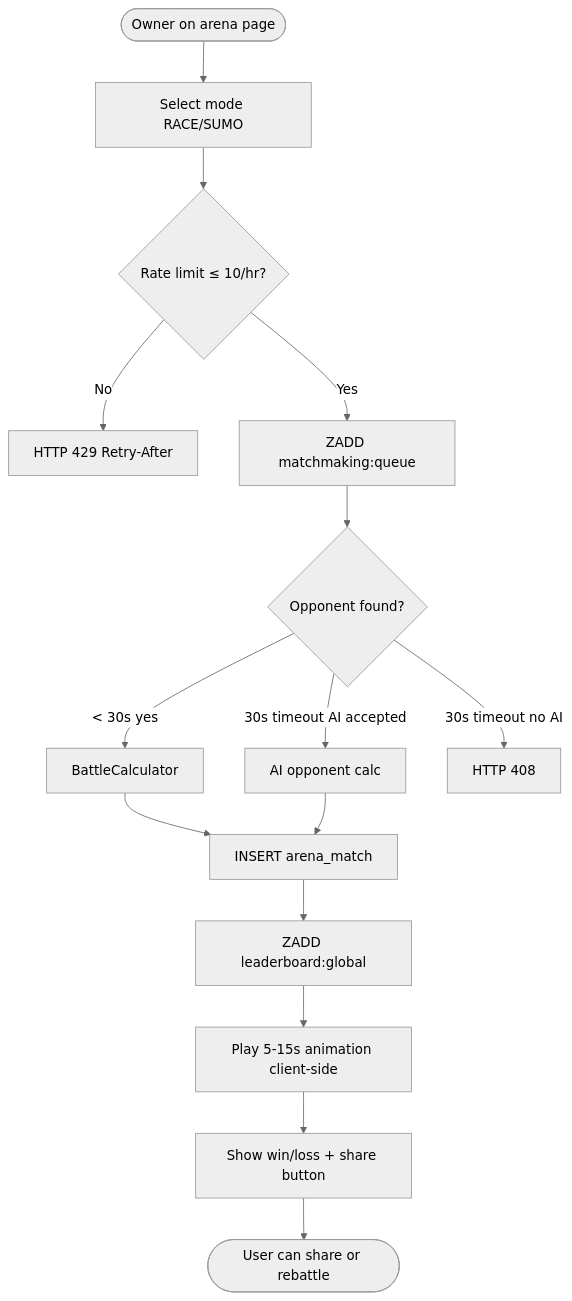
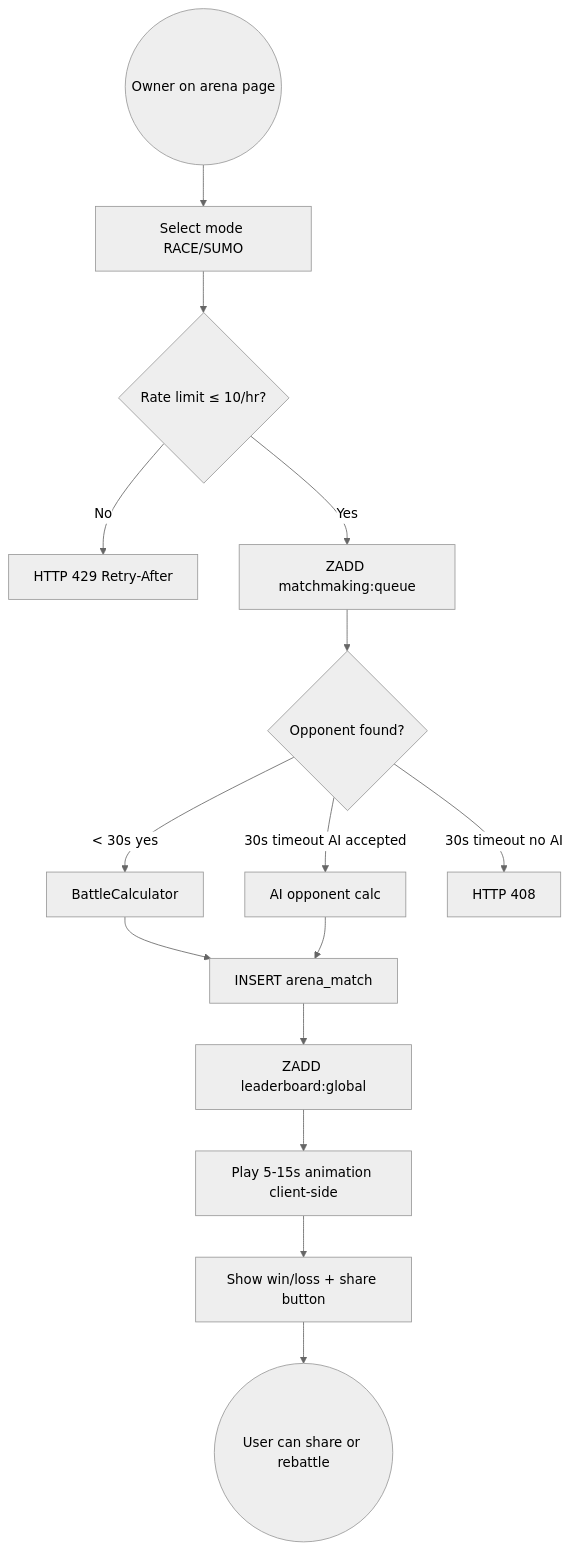
Before and after one commit to ibalasite/pet: diagram 20 of 27 in docs/EDD.md, drawn with Mermaid (neutral theme). The commit also changed other lines of this file and 94 other files, not shown here.

First line of the commit message:
docs(gendoc)[STEP-30]: html — regenerate HTML site post EDD/SCHEMA/UML refresh

````diff
--- a/docs/EDD.md
+++ b/docs/EDD.md
@@ -1360,17 +1360,17 @@
 ```mermaid
 flowchart TB
-    Start([Owner on arena page]) --> Mode[Select mode RACE/SUMO]
+    Start((Owner on arena page)) --> Mode[Select mode RACE/SUMO]
     Mode --> Rate{Rate limit ≤ 10/hr?}
     Rate -->|No| Err429[HTTP 429 Retry-After]
     Rate -->|Yes| Enqueue[ZADD matchmaking:queue]
     Enqueue --> Poll{Opponent found?}
     Poll -->|< 30s yes| Calc[BattleCalculator]
     Poll -->|30s timeout AI accepted| AI[AI opponent calc]
     Poll -->|30s timeout no AI| Err408[HTTP 408]
     Calc --> Persist[INSERT arena_match]
     AI --> Persist
     Persist --> ZADD[ZADD leaderboard:global]
     ZADD --> Animate[Play 5-15s animation client-side]
     Animate --> Result[Show win/loss + share button]
-    Result --> End([User can share or rebattle])
+    Result --> End((User can share or rebattle))
 ```
````
